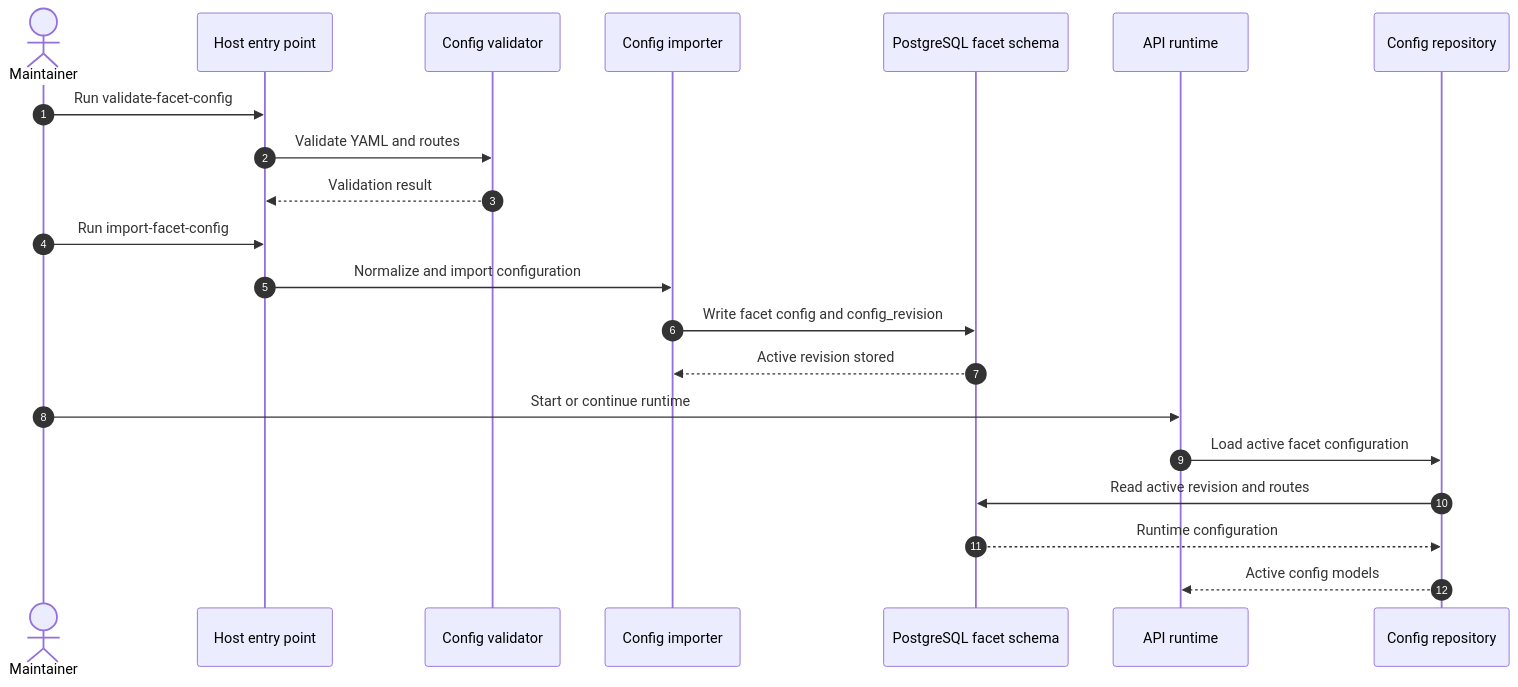
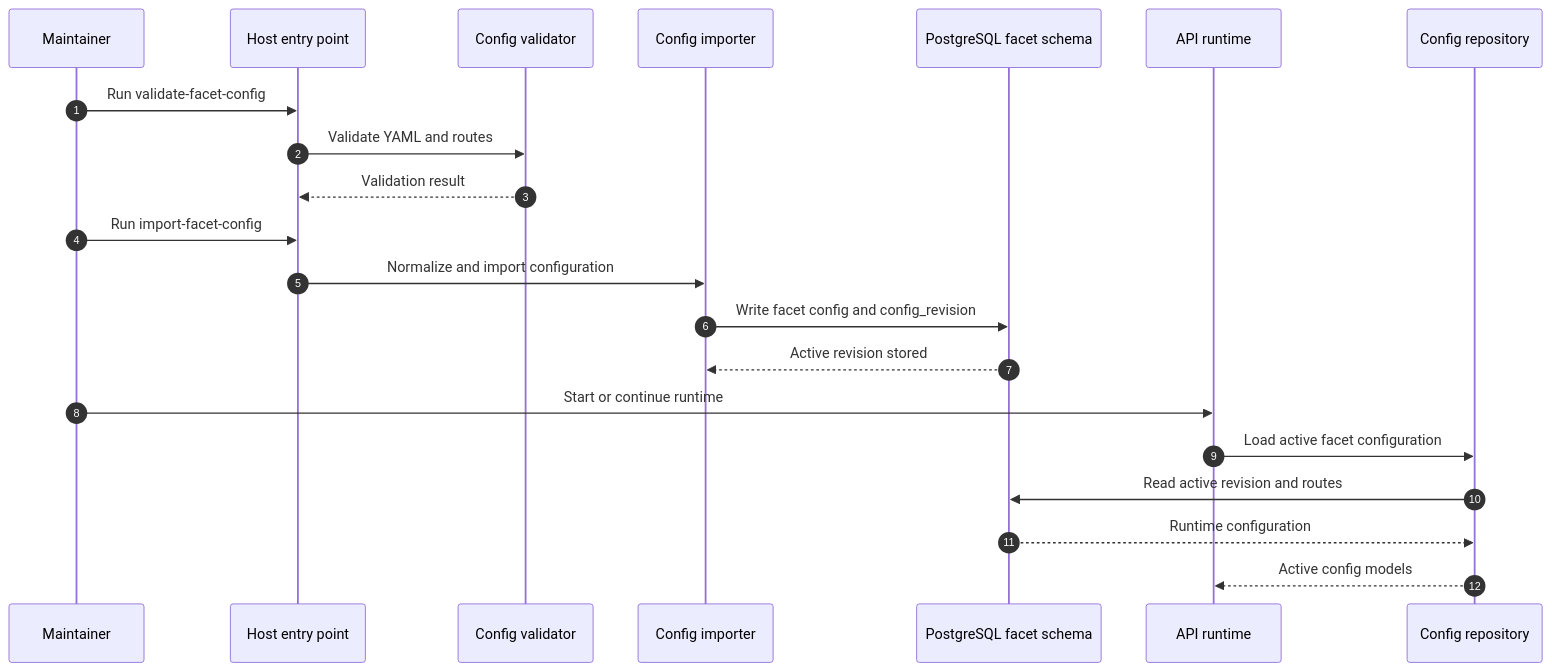
Before and after one commit to humlab-sead/sead_query_api: the fourth of 13 diagrams in docs/DIAGRAMS.md, drawn with Mermaid. The commit also changed other lines of this file and 4 other files, not shown here.

````diff
--- a/docs/DIAGRAMS.md
+++ b/docs/DIAGRAMS.md
@@ -127,24 +132,24 @@
 ```mermaid
 sequenceDiagram
     autonumber
-    actor Author as Maintainer
+    participant Author as Maintainer
     participant Host as Host entry point
     participant VAL as Config validator
     participant IMP as Config importer
     participant DB as PostgreSQL facet schema
     participant API as API runtime
     participant REP as Config repository
 
     Author->>Host: Run validate-facet-config
     Host->>VAL: Validate YAML and routes
     VAL-->>Host: Validation result
     Author->>Host: Run import-facet-config
     Host->>IMP: Normalize and import configuration
     IMP->>DB: Write facet config and config_revision
     DB-->>IMP: Active revision stored
     Author->>API: Start or continue runtime
     API->>REP: Load active facet configuration
     REP->>DB: Read active revision and routes
     DB-->>REP: Runtime configuration
     REP-->>API: Active config models
 ```
````
